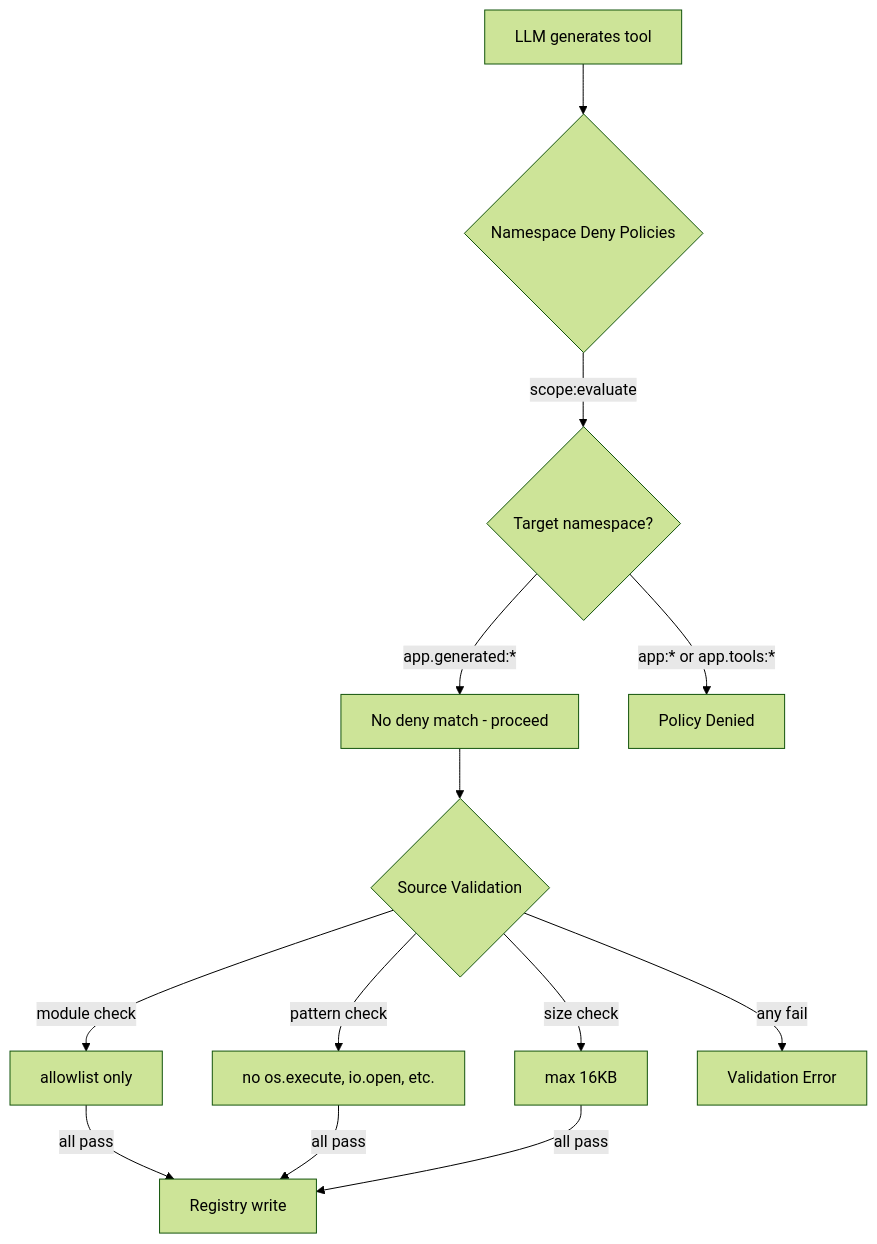
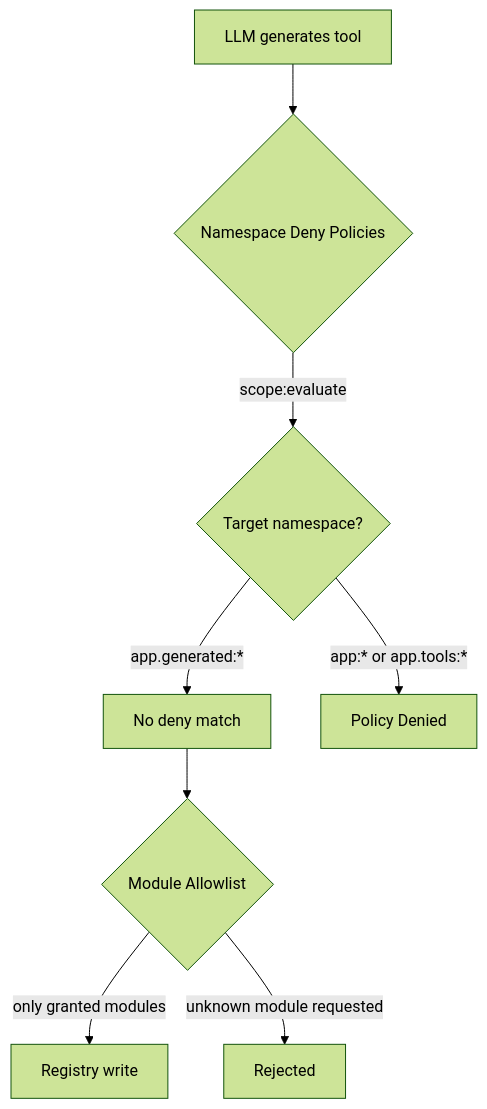
The fourth of 4 diagrams in en/tutorials/micro-agi.md (wippyai/docs), drawn with Mermaid (forest theme) before and after one commit. The commit also changed other lines of this file and 8 other files, not shown here.

First line of the commit message:
Remove source validation from Micro AGI tutorial, fix module access docs

````diff
--- a/en/tutorials/micro-agi.md
+++ b/en/tutorials/micro-agi.md
@@ -544,14 +531,11 @@
 ```mermaid
 flowchart TD
     LLM[LLM generates tool] --> P{Namespace Deny Policies}
     P -->|scope:evaluate| Check{Target namespace?}
-    Check -->|app.generated:*| OK[No deny match - proceed]
-    Check -->|app:* or app.tools:*| Deny1[Policy Denied]
+    Check -->|app.generated:*| OK[No deny match]
+    Check -->|app:* or app.tools:*| Deny[Policy Denied]
 
-    OK --> V{Source Validation}
-    V -->|module check| M[allowlist only]
-    V -->|pattern check| B[no os.execute, io.open, etc.]
-    V -->|size check| S[max 16KB]
-    M & B & S -->|all pass| R[Registry write]
-    V -->|any fail| Deny2[Validation Error]
+    OK --> M{Module Allowlist}
+    M -->|only granted modules| R[Registry write]
+    M -->|unknown module requested| Err[Rejected]
 ```
````
